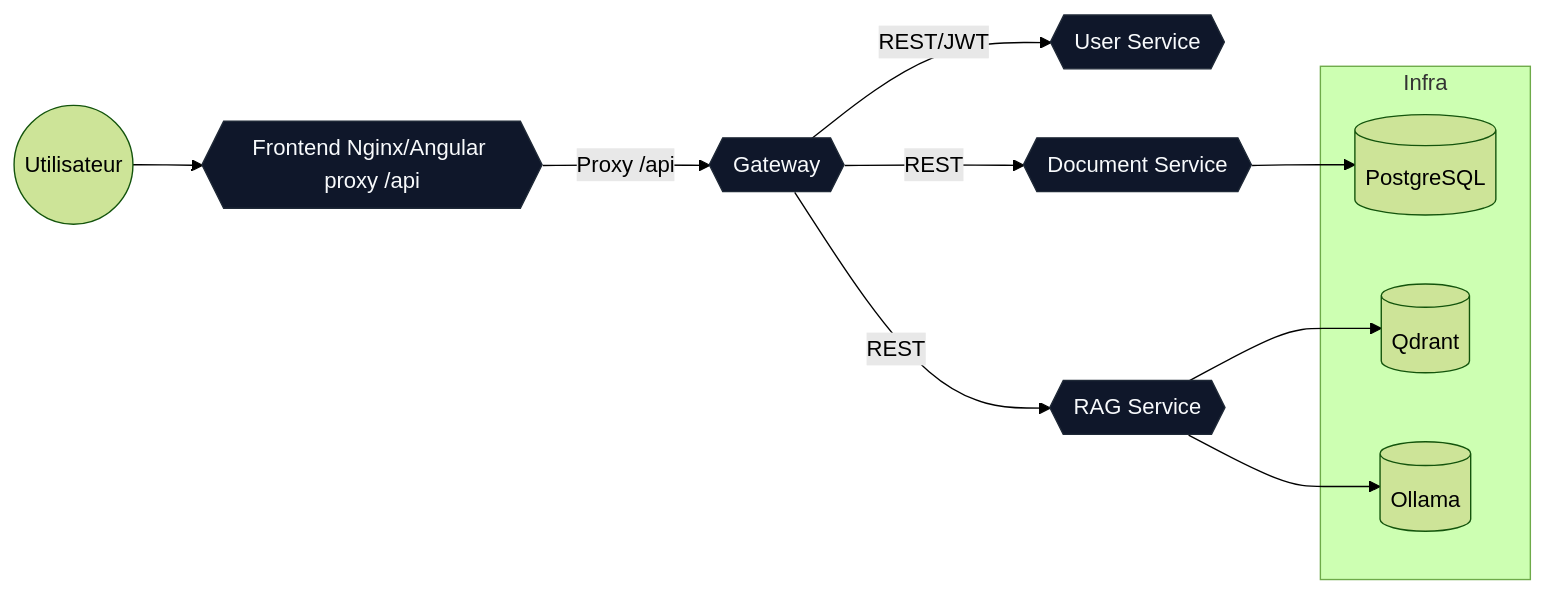
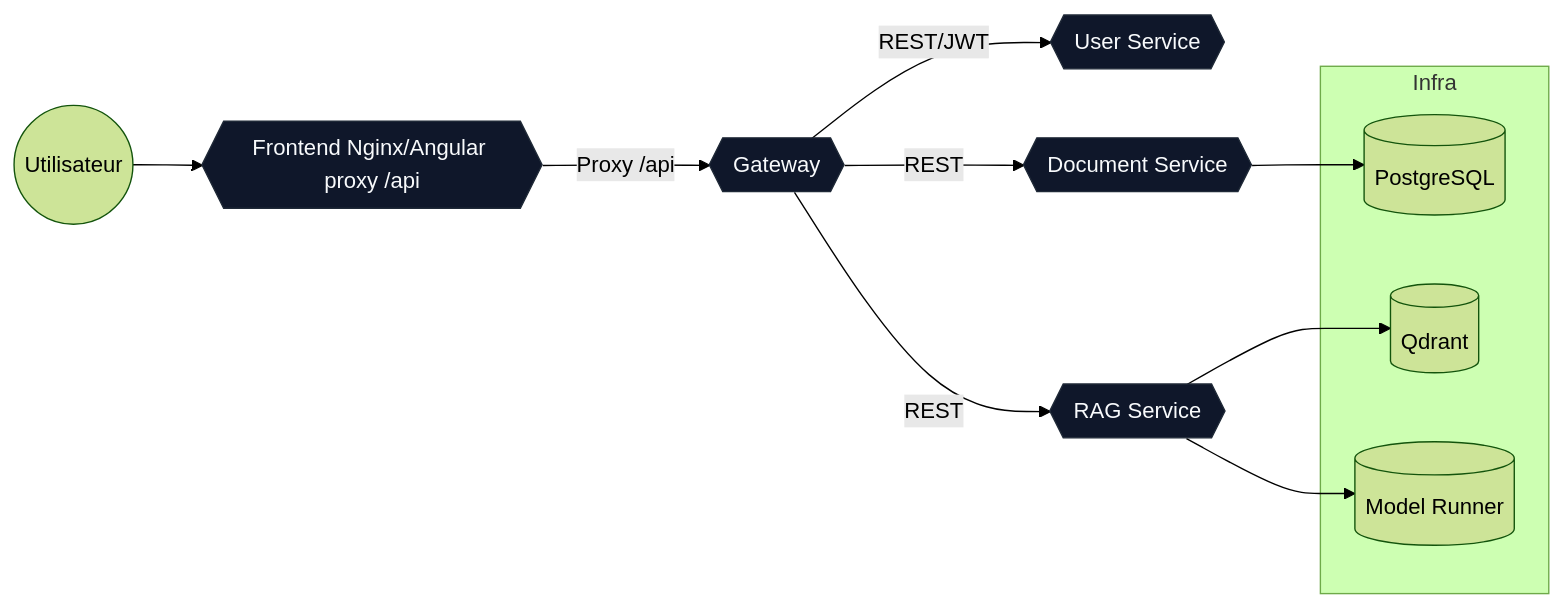
Before and after one commit to dbeaumont/knowledge-app: the diagram in README.md, drawn with Mermaid (forest theme). The commit also changed other lines of this file and 10 other files, not shown here.

````diff
--- a/README.md
+++ b/README.md
@@ -86,28 +126,28 @@
 ```mermaid
 flowchart LR
   user((Utilisateur))
   subgraph Infra
     postgres[(PostgreSQL)]
     qdrant[(Qdrant)]
-    ollama[(Ollama)]
+    modelrunner[(Model Runner)]
   end
 
   gateway -->|REST/JWT| user-service
   gateway -->|REST| document-service
   gateway -->|REST| rag-service
   user --> frontend
   frontend-->|Proxy /api| gateway
 
   document-service --> postgres
   rag-service --> qdrant
-  rag-service --> ollama
+  rag-service --> modelrunner
 
   classDef svc fill:#0f172a,stroke:#1f2937,stroke-width:1px,color:#f8fafc;
   class frontend,gateway,rag-service,document-service,user-service svc;
 
   frontend{{Frontend Nginx/Angular proxy /api}}
   gateway{{Gateway}}
   rag-service{{RAG Service}}
   document-service{{Document Service}}
   user-service{{User Service}}
 ```
````
